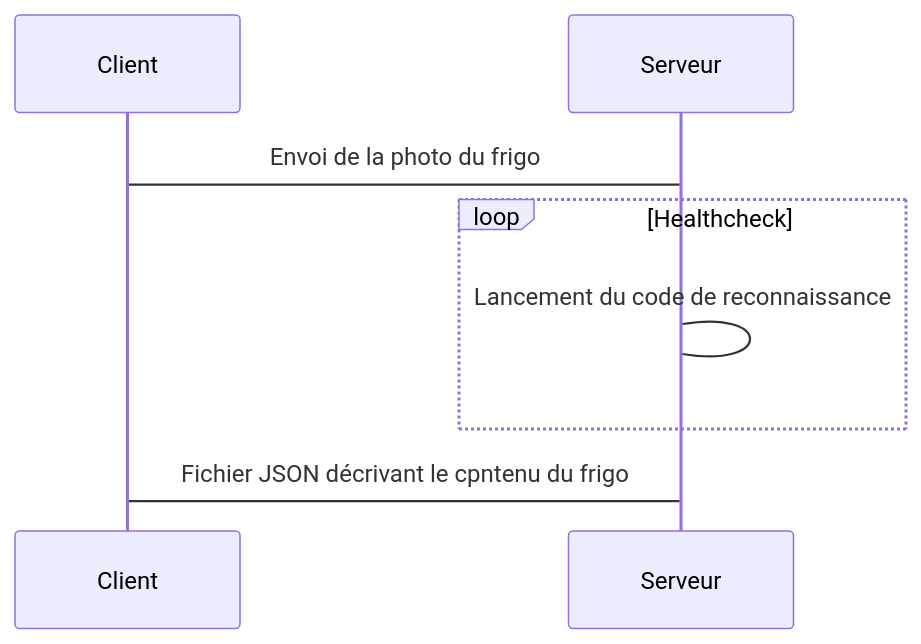
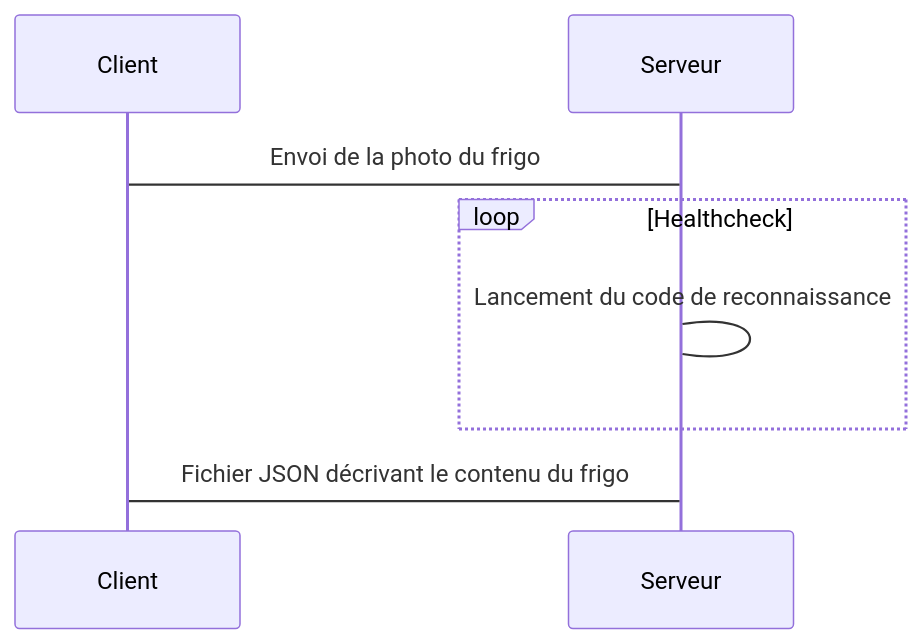
One commit to elie972/Reconnaissance-aliment-frigo-projet-de-fin-d-ann-e- changed the diagram in README.md. Above: the diagram before and after it, drawn with Mermaid. The commit also changed other lines of this file, not shown here.

````diff
--- a/README.md
+++ b/README.md
@@ -31,10 +34,10 @@
 ```mermaid
 sequenceDiagram
     participant Client
     participant Serveur
     Client->Serveur: Envoi de la photo du frigo
     loop Healthcheck
         Serveur->Serveur: Lancement du code de reconnaissance
     end
-    Serveur->Client: Fichier JSON décrivant le cpntenu du frigo
+    Serveur->Client: Fichier JSON décrivant le contenu du frigo
 ```
````
